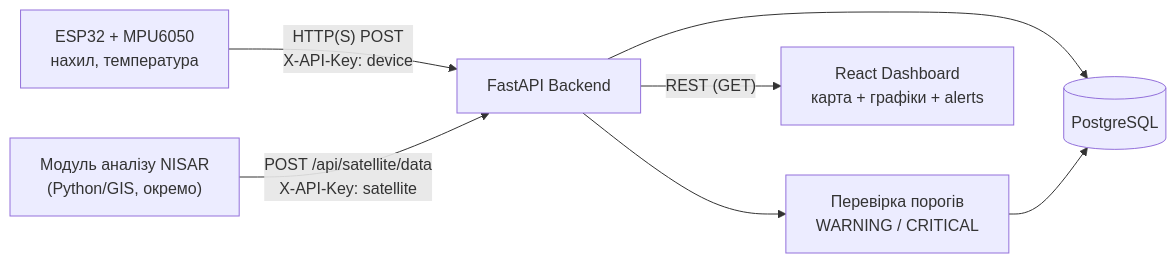
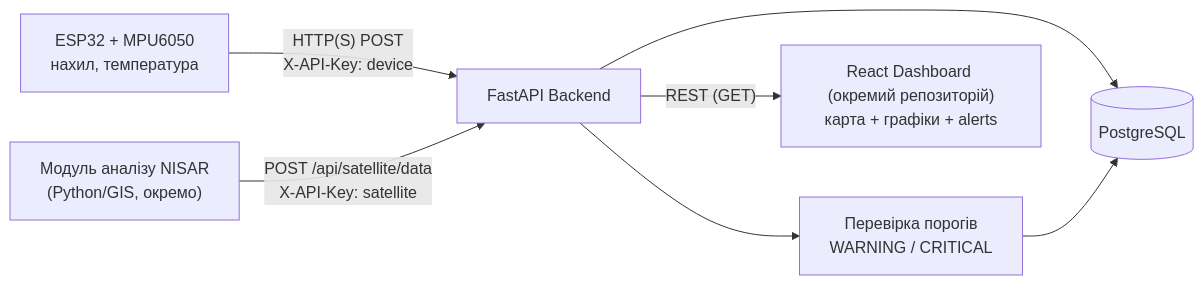
Before and after one commit to kora-student-project/NASA_Hakathon_Backend: the diagram in docs/ARCHITECTURE.md, drawn with Mermaid. The commit also changed 65 other files, not shown here.

````diff
--- a/docs/ARCHITECTURE.md
+++ b/docs/ARCHITECTURE.md
@@ -3,9 +3,9 @@
 ```mermaid
 flowchart LR
     ESP["ESP32 + MPU6050<br/>нахил, температура"] -- "HTTP(S) POST<br/>X-API-Key: device" --> API
     NISAR["Модуль аналізу NISAR<br/>(Python/GIS, окремо)"] -- "POST /api/satellite/data<br/>X-API-Key: satellite" --> API
     API["FastAPI Backend"] --> DB[("PostgreSQL")]
     API --> ALERT["Перевірка порогів<br/>WARNING / CRITICAL"]
     ALERT --> DB
-    API -- "REST (GET)" --> UI["React Dashboard<br/>карта + графіки + alerts"]
+    API -- "REST (GET)" --> UI["React Dashboard (окремий репозиторій)<br/>карта + графіки + alerts"]
 ```
````
